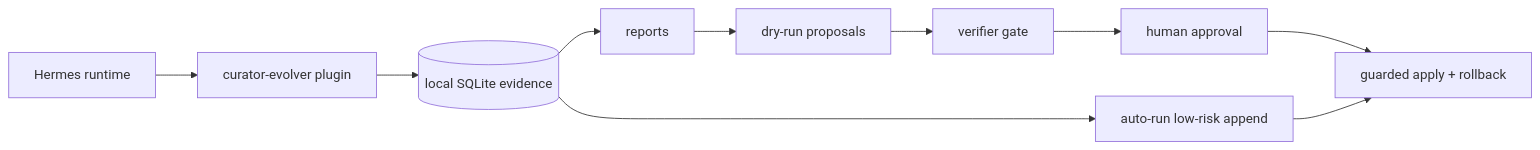
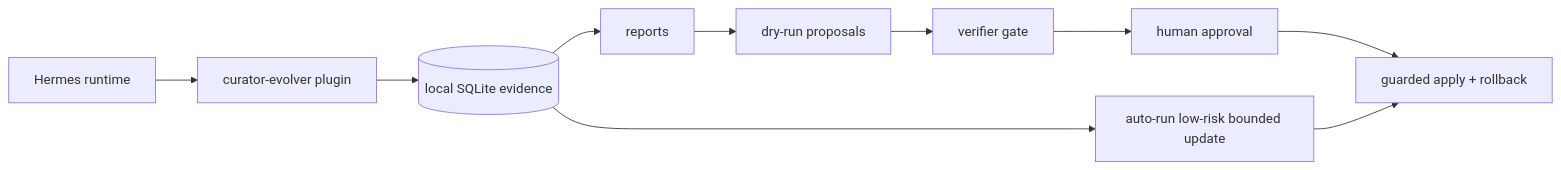
The second of 2 diagrams in README.md (pingchesu/hermes-curator-evolver), drawn with Mermaid before and after one commit. The commit also changed other lines of this file and 14 other files, not shown here.

````diff
--- a/README.md
+++ b/README.md
@@ -162,12 +164,12 @@
 ```mermaid
 flowchart LR
     H[Hermes runtime] --> P[curator-evolver plugin]
     P --> DB[(local SQLite evidence)]
     DB --> R[reports]
     R --> Proposal[dry-run proposals]
     Proposal --> Verify[verifier gate]
     Verify --> Human[human approval]
     Human --> Apply[guarded apply + rollback]
-    DB --> Auto[auto-run low-risk append]
+    DB --> Auto[auto-run low-risk bounded update]
     Auto --> Apply
 ```
````
